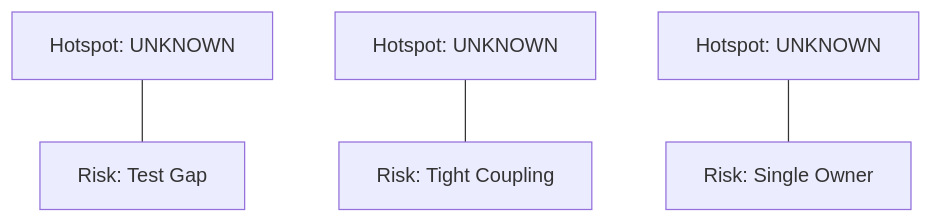
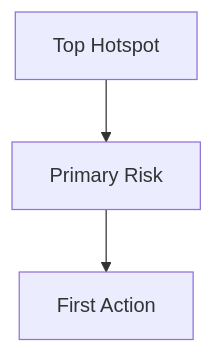
Before and after one commit to WangXianan456/repo-global-map: the sixth of 6 diagrams in templates/02-system-diagrams.md, drawn with Mermaid. The commit also changed other lines of this file and 5 other files, not shown here.

Commit message:
docs: improve Obsidian diagram readability

````diff
--- a/templates/02-system-diagrams.md
+++ b/templates/02-system-diagrams.md
@@ -53,6 +126,5 @@
 ```mermaid
-graph TD
-H1[Hotspot: UNKNOWN] --- R1[Risk: Test Gap]
-H2[Hotspot: UNKNOWN] --- R2[Risk: Tight Coupling]
-H3[Hotspot: UNKNOWN] --- R3[Risk: Single Owner]
+flowchart TD
+Hotspot[Top Hotspot] --> Risk[Primary Risk]
+Risk --> Action[First Action]
 ```
````
